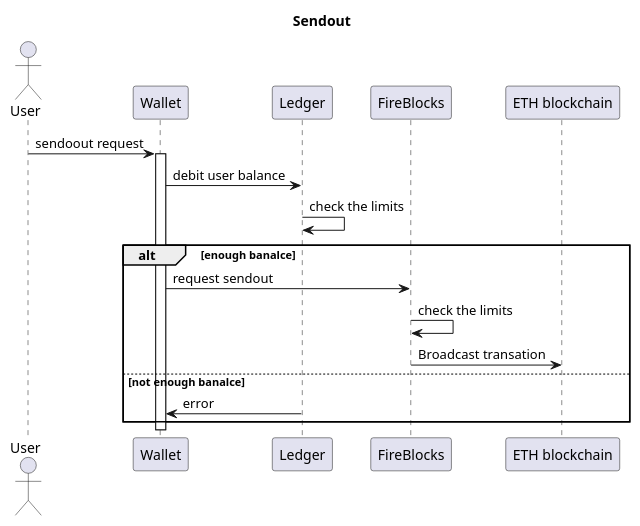
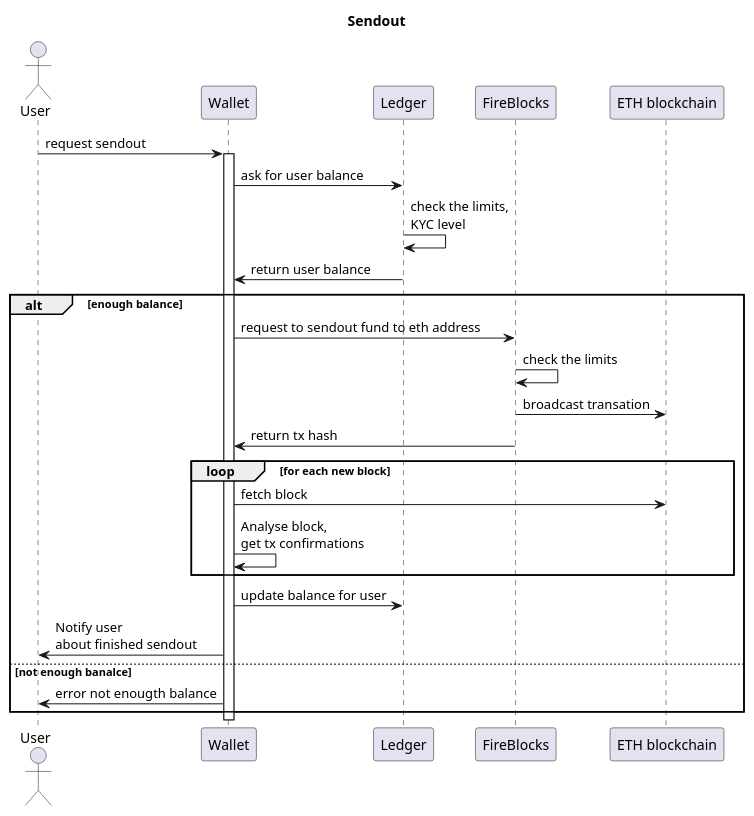
The diagram in sendout_sequence.puml (localtradersteam/Sequense-Diagrams), drawn with PlantUML before and after one commit. The commit also changed 2 other files, not shown here.

Commit message:
Update deposit and sendout diagrams

```diff
--- a/sendout_sequence.puml
+++ b/sendout_sequence.puml
@@ -1,23 +1,32 @@
 @startuml
 
 title "Sendout"
 
 actor "User" as u
 
 participant "Wallet" as wallet
 participant "Ledger" as ledger
 participant "FireBlocks" as fb
 participant "ETH blockchain" as eb
 
-u -> wallet ++: sendoout request
-wallet -> ledger : debit user balance
-ledger -> ledger : check the limits
-alt enough banalce
-wallet -> fb : request sendout
+u -> wallet ++: request sendout
+wallet -> ledger : ask for user balance
+ledger -> ledger : check the limits,\nKYC level
+ledger -> wallet : return user balance
+
+alt enough balance
+wallet -> fb : request to sendout fund to eth address
 fb -> fb : check the limits
-fb -> eb: Broadcast transation
+fb -> eb: broadcast transation
+fb -> wallet: return tx hash
+loop for each new block
+wallet -> eb: fetch block
+wallet -> wallet: Analyse block,\nget tx confirmations
+end
+wallet -> ledger: update balance for user
+wallet -> u: Notify user\nabout finished sendout
 else not enough banalce
-ledger -> wallet : error
+wallet -> u : error not enougth balance
 end group
 
 @enduml
```
